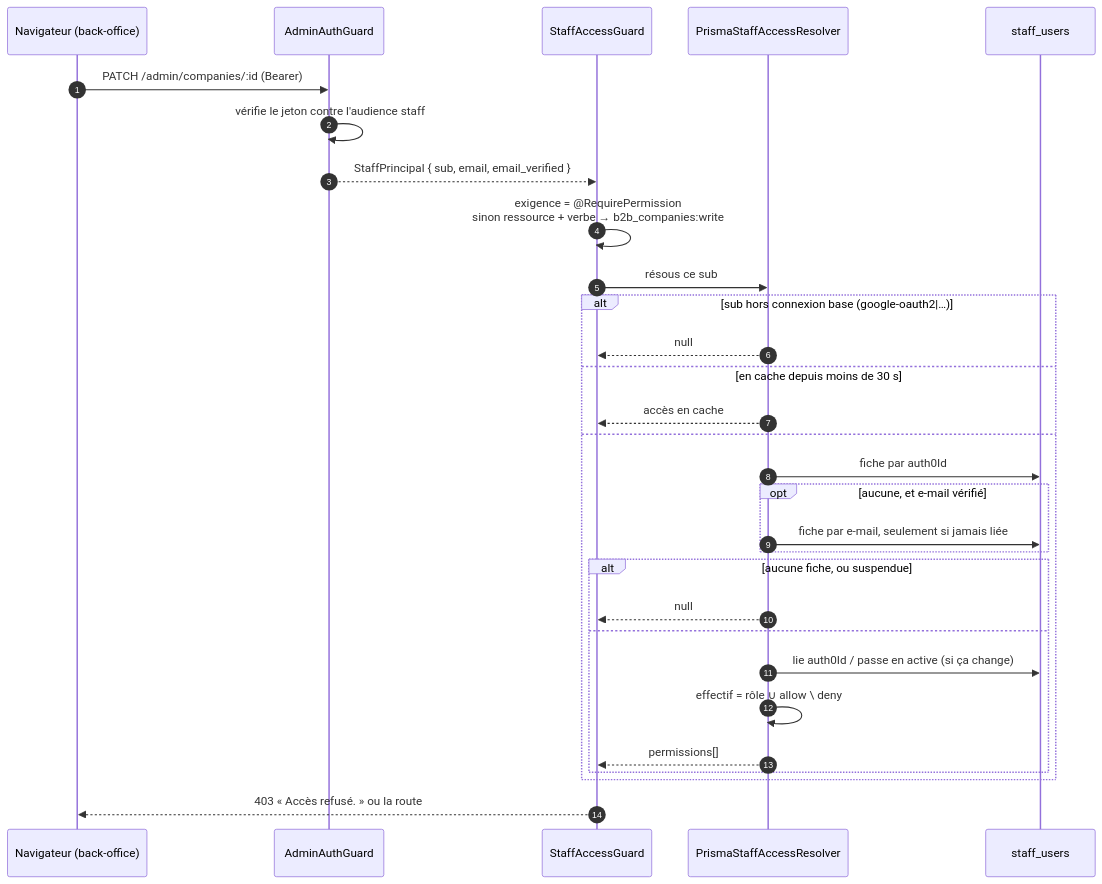
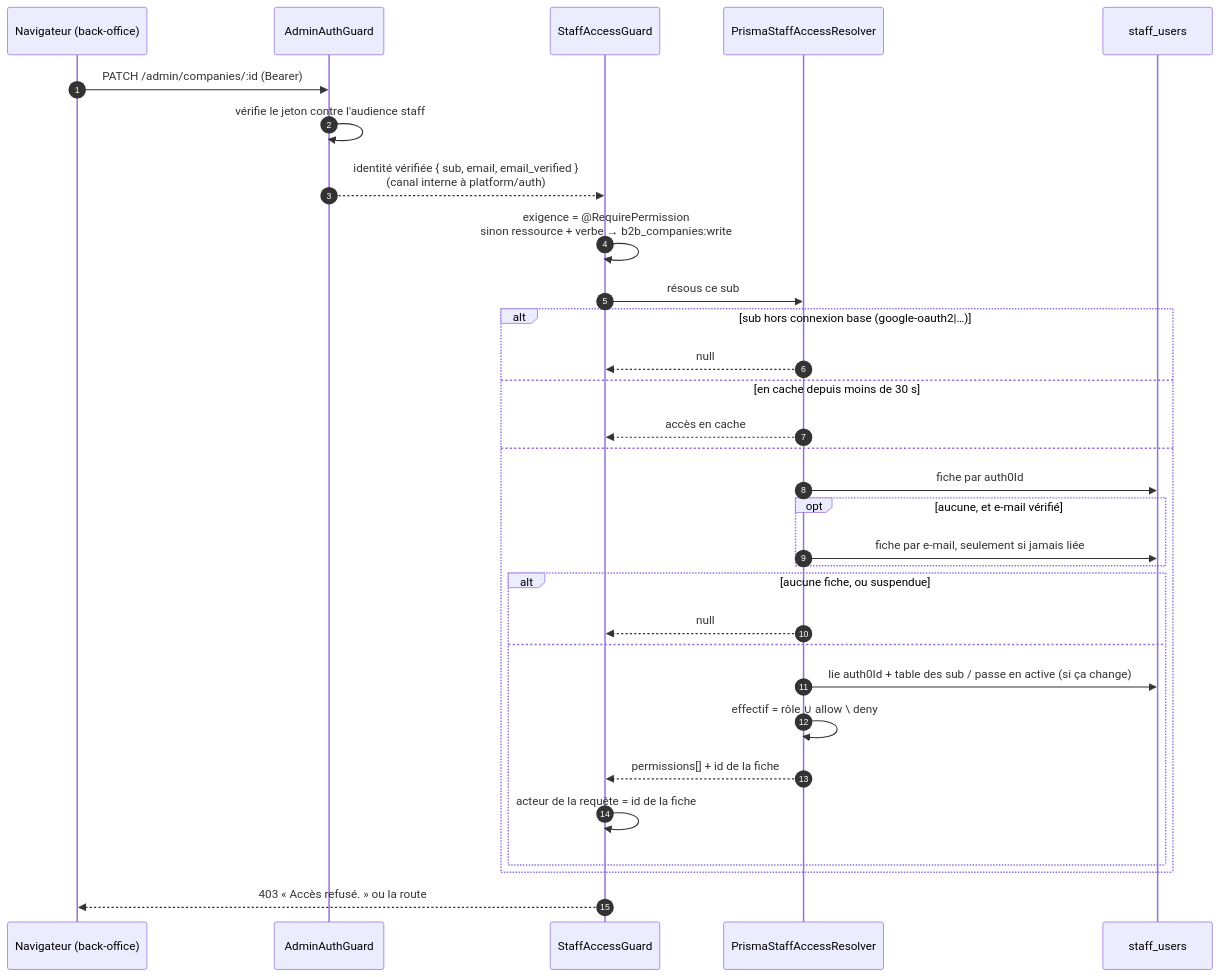
Before and after one commit to hugoheynard/lfd: the third of 5 diagrams in documentation/staff/architecture-acces-staff.md, drawn with Mermaid. The commit also changed other lines of this file and 3 other files, not shown here.

First line of the commit message:
docs(staff): l'accès et le journal disent que l'auteur est la fiche

````diff
--- a/documentation/staff/architecture-acces-staff.md
+++ b/documentation/staff/architecture-acces-staff.md
@@ -325,33 +325,34 @@
 ```mermaid
 sequenceDiagram
     autonumber
     participant N as Navigateur (back-office)
     participant G as AdminAuthGuard
     participant A as StaffAccessGuard
     participant R as PrismaStaffAccessResolver
     participant D as staff_users
 
     N->>G: PATCH /admin/companies/:id (Bearer)
     G->>G: vérifie le jeton contre l'audience staff
-    G-->>A: StaffPrincipal { sub, email, email_verified }
+    G-->>A: identité vérifiée { sub, email, email_verified }<br/>(canal interne à platform/auth)
     A->>A: exigence = @RequirePermission<br/>sinon ressource + verbe → b2b_companies:write
     A->>R: résous ce sub
     alt sub hors connexion base (google-oauth2|…)
         R-->>A: null
     else en cache depuis moins de 30 s
         R-->>A: accès en cache
     else
         R->>D: fiche par auth0Id
         opt aucune, et e-mail vérifié
             R->>D: fiche par e-mail, seulement si jamais liée
         end
         alt aucune fiche, ou suspendue
             R-->>A: null
         else
-            R->>D: lie auth0Id / passe en active (si ça change)
+            R->>D: lie auth0Id + table des sub / passe en active (si ça change)
             R->>R: effectif = rôle ∪ allow \ deny
-            R-->>A: permissions[]
+            R-->>A: permissions[] + id de la fiche
+            A->>A: acteur de la requête = id de la fiche
         end
     end
     A-->>N: 403 « Accès refusé. » ou la route
 ```
````
